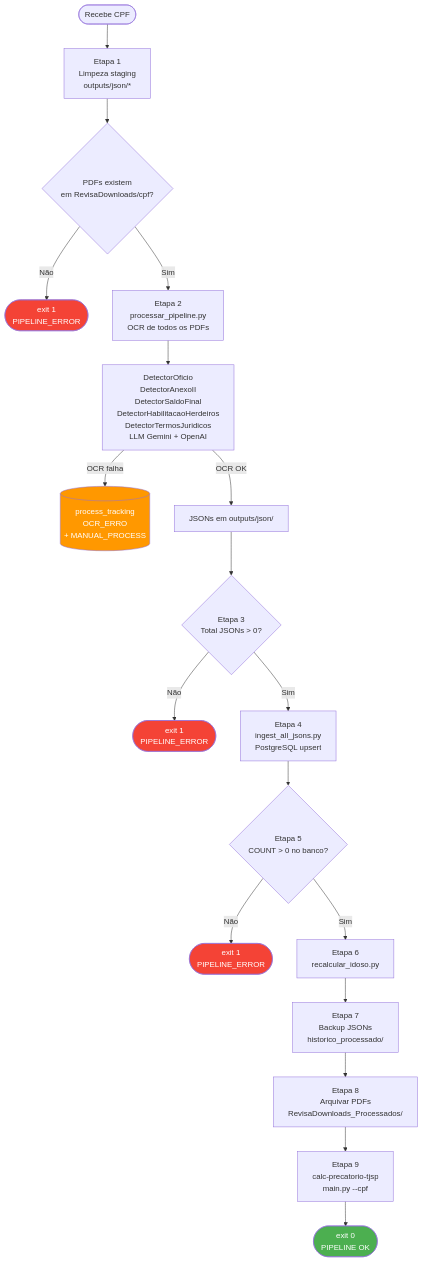
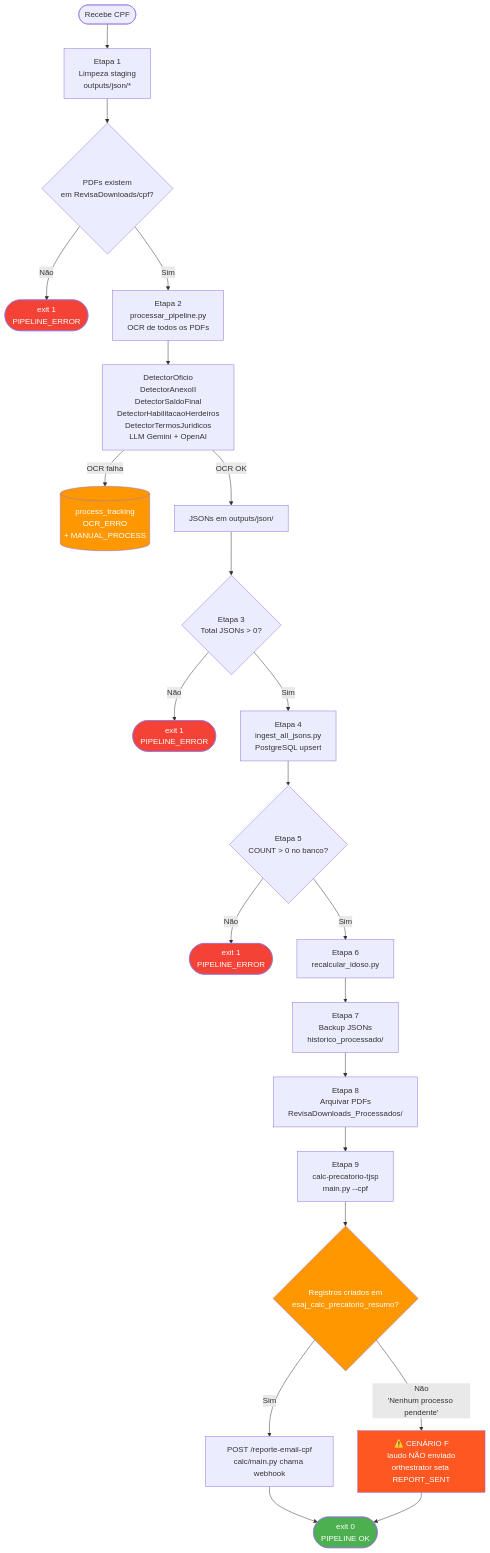
Before and after one commit to revisaprecatorio/ocr-oficios-tjsp: the sixth of 7 diagrams in assessment_pipeline/05_DIAGRAMAS_MERMAID.md, drawn with Mermaid. The commit also changed other lines of this file and 111 other files, not shown here.

````diff
--- a/assessment_pipeline/05_DIAGRAMAS_MERMAID.md
+++ b/assessment_pipeline/05_DIAGRAMAS_MERMAID.md
@@ -178,28 +178,34 @@
 ```mermaid
 flowchart TD
     IN([Recebe CPF]) --> E1[Etapa 1\nLimpeza staging\noutputs/json/*]
     E1 --> CHK{PDFs existem\nem RevisaDownloads/cpf?}
     CHK -->|Não| ERR1([exit 1\nPIPELINE_ERROR])
     CHK -->|Sim| E2[Etapa 2\nprocessar_pipeline.py\nOCR de todos os PDFs]
 
     E2 --> DET[DetectorOficio\nDetectorAnexoII\nDetectorSaldoFinal\nDetectorHabilitacaoHerdeiros\nDetectorTermosJuridicos\nLLM Gemini + OpenAI]
     DET -->|OCR falha| OCR_ERR[(process_tracking\nOCR_ERRO\n+ MANUAL_PROCESS)]
     DET -->|OCR OK| JSON[JSONs em outputs/json/]
 
     JSON --> E3{Etapa 3\nTotal JSONs > 0?}
     E3 -->|Não| ERR2([exit 1\nPIPELINE_ERROR])
     E3 -->|Sim| E4[Etapa 4\ningest_all_jsons.py\nPostgreSQL upsert]
     E4 --> E5{Etapa 5\nCOUNT > 0 no banco?}
     E5 -->|Não| ERR3([exit 1\nPIPELINE_ERROR])
     E5 -->|Sim| E6[Etapa 6\nrecalcular_idoso.py]
     E6 --> E7[Etapa 7\nBackup JSONs\nhistorico_processado/]
     E7 --> E8[Etapa 8\nArquivar PDFs\nRevisaDownloads_Processados/]
     E8 --> E9[Etapa 9\ncalc-precatorio-tjsp\nmain.py --cpf]
-    E9 --> OK([exit 0\nPIPELINE OK])
+    E9 --> CALC_CHK{Registros criados em\nesaj_calc_precatorio_resumo?}
+    CALC_CHK -->|Sim| WEBHOOK[POST /reporte-email-cpf\ncalc/main.py chama webhook]
+    CALC_CHK -->|Não\n'Nenhum processo pendente'| FALSO_RS[⚠️ CENÁRIO F\nlaudo NÃO enviado\northestrator seta REPORT_SENT]
+    WEBHOOK --> OK([exit 0\nPIPELINE OK])
+    FALSO_RS --> OK
 
     style ERR1 fill:#F44336,color:#fff
     style ERR2 fill:#F44336,color:#fff
     style ERR3 fill:#F44336,color:#fff
     style OK fill:#4CAF50,color:#fff
     style OCR_ERR fill:#FF9800,color:#fff
+    style FALSO_RS fill:#FF5722,color:#fff
+    style CALC_CHK fill:#FF9800,color:#fff
 ```
````
